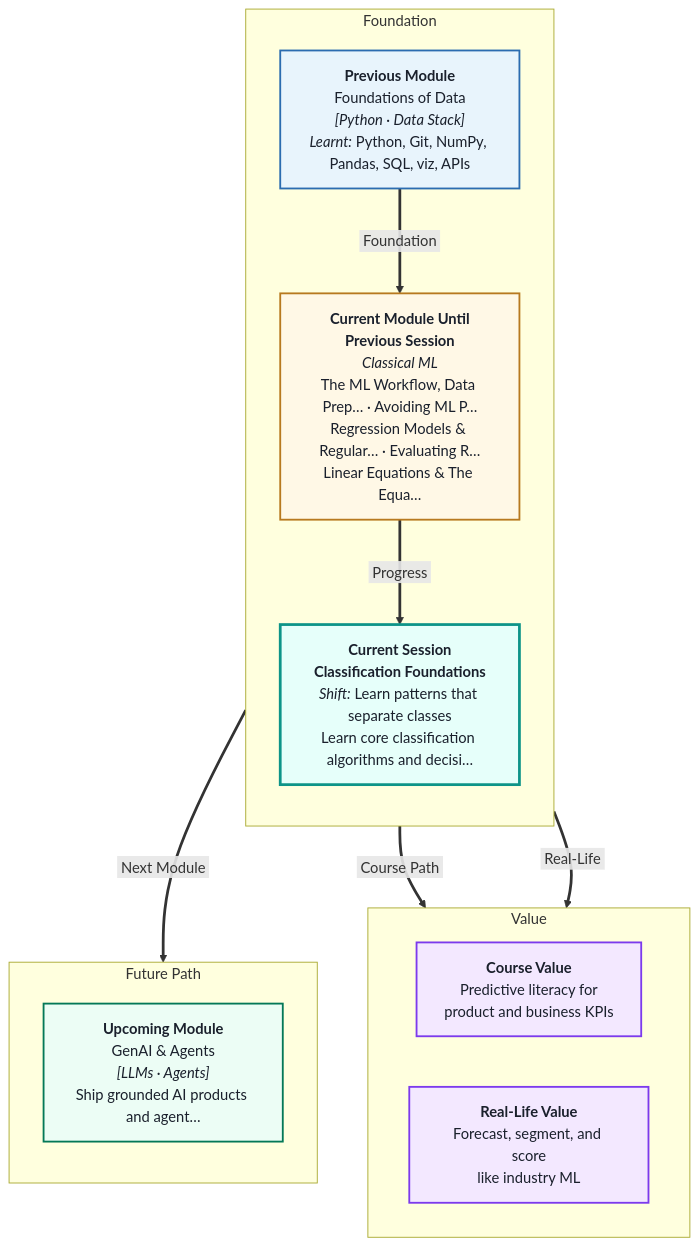
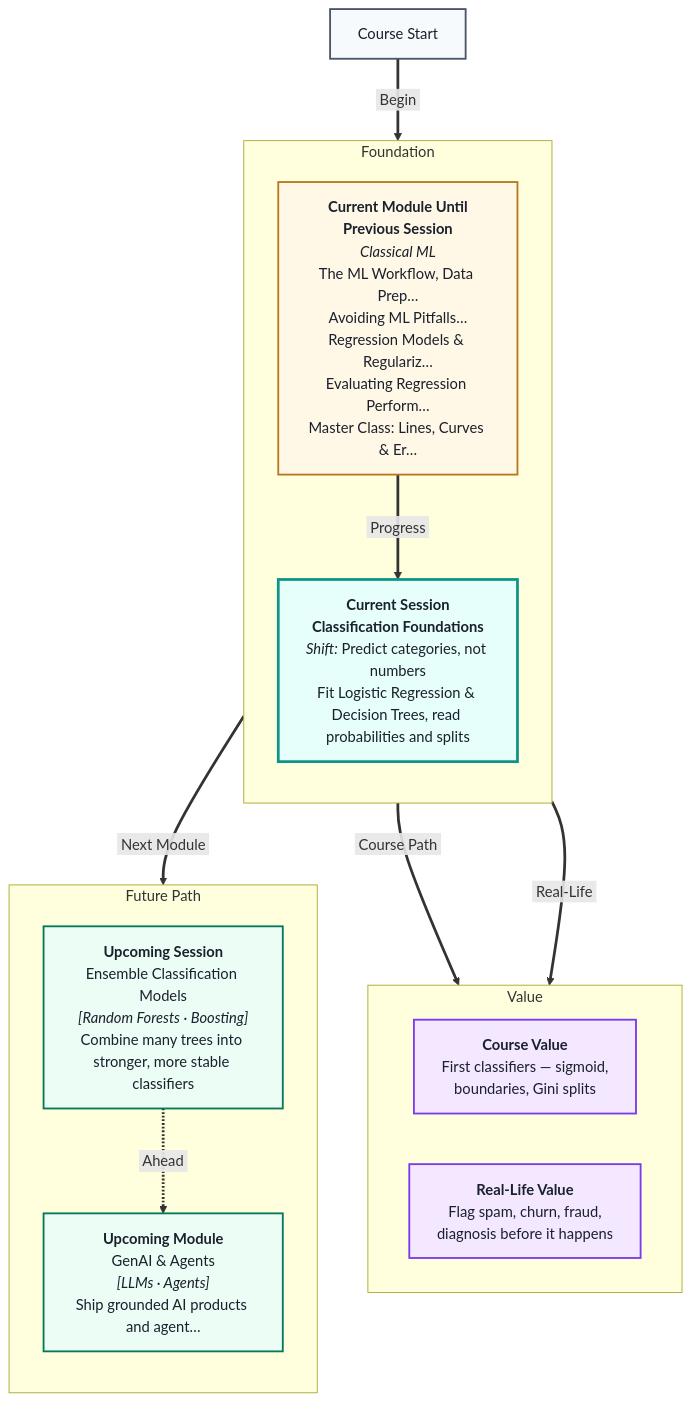
The diagram in IITP_AIML_Regional/IITP-AIMLTN-2605/Module 2- Classical ML/Session 6- Classification Foundations/mental Map: Classification Foundations.md (ritzrmx/Masai_Curriculum), drawn with Mermaid before and after one commit. The commit also changed 47 other files, not shown here.

First line of the commit message:
Regenerate Module 2 (Classical ML) lecture scripts, mental maps & coding problems

````diff
--- a/IITP_AIML_Regional/IITP-AIMLTN-2605/Module 2- Classical ML/Session 6- Classification Foundations/mental Map: Classification Foundations.md
+++ b/IITP_AIML_Regional/IITP-AIMLTN-2605/Module 2- Classical ML/Session 6- Classification Foundations/mental Map: Classification Foundations.md
@@ -1,41 +1,42 @@
 ```mermaid
 %%{init: {'flowchart': {'nodeSpacing': 55, 'rankSpacing': 65, 'diagramPadding': 24}}}%%
 flowchart TB
 linkStyle default stroke-width:3px
 
 subgraph foundation[" Foundation "]
 direction TB
-    P0["<b>Previous Module</b><br/>Foundations of Data<br/><i>[Python · Data Stack]</i><br/><i>Learnt:</i> Python, Git, NumPy, Pandas, SQL, viz, APIs"]
-    CURMOD["<b>Current Module Until<br/>Previous Session</b><br/><i>Classical ML</i><br/>The ML Workflow, Data Prep… · Avoiding ML P…<br/>Regression Models & Regular… · Evaluating R…<br/>Linear Equations & The Equa…"]
-    CURSES["<b>Current Session</b><br/><b>Classification Foundations</b><br/><i>Shift:</i> Learn patterns that separate classes<br/>Learn core classification algorithms and decisi…"]
+    CURMOD["<b>Current Module Until<br/>Previous Session</b><br/><i>Classical ML</i><br/>The ML Workflow, Data Prep…<br/>Avoiding ML Pitfalls…<br/>Regression Models & Regulariz…<br/>Evaluating Regression Perform…<br/>Master Class: Lines, Curves & Er…"]
+    CURSES["<b>Current Session</b><br/><b>Classification Foundations</b><br/><i>Shift:</i> Predict categories, not numbers<br/>Fit Logistic Regression & Decision Trees, read probabilities and splits"]
 end
 
 subgraph value[" Value "]
 direction LR
-    CVAL["<b>Course Value</b><br/>Predictive literacy for<br/>product and business KPIs"]
-    RVAL["<b>Real-Life Value</b><br/>Forecast, segment, and score<br/>like industry ML"]
+    CVAL["<b>Course Value</b><br/>First classifiers — sigmoid,<br/>boundaries, Gini splits"]
+    RVAL["<b>Real-Life Value</b><br/>Flag spam, churn, fraud,<br/>diagnosis before it happens"]
 end
 
 subgraph future[" Future Path "]
 direction TB
-    U0["<b>Upcoming Module</b><br/>GenAI & Agents<br/><i>[LLMs · Agents]</i><br/>Ship grounded AI products and agent…"]
+    U0["<b>Upcoming Session</b><br/>Ensemble Classification Models<br/><i>[Random Forests · Boosting]</i><br/>Combine many trees into stronger, more stable classifiers"]
+    U1["<b>Upcoming Module</b><br/>GenAI & Agents<br/><i>[LLMs · Agents]</i><br/>Ship grounded AI products and agent…"]
 end
 
-P0 ==>|&nbsp;Foundation&nbsp;| CURMOD
+START["Course Start"] ==>|&nbsp;Begin&nbsp;| CURMOD
 CURMOD ==>|&nbsp;Progress&nbsp;| CURSES
 CURSES ==>|&nbsp;Course Path&nbsp;| CVAL
 CURSES ==>|&nbsp;Real-Life&nbsp;| RVAL
 CURSES ==>|&nbsp;Next Module&nbsp;| U0
+U0 -.->|&nbsp;Ahead&nbsp;| U1
 
 classDef prevBox fill:#E8F4FC,stroke:#2B6CB0,stroke-width:2px,color:#1A202C
 classDef curModBox fill:#FFF8E6,stroke:#B7791F,stroke-width:2px,color:#1A202C
 classDef curSessBox fill:#E6FFFA,stroke:#0D9488,stroke-width:3px,color:#1A202C
 classDef valueBox fill:#F3E8FF,stroke:#7C3AED,stroke-width:2px,color:#1A202C
 classDef futureBox fill:#ECFDF5,stroke:#047857,stroke-width:2px,color:#1A202C
 classDef startBox fill:#F7FAFC,stroke:#4A5568,stroke-width:2px,color:#1A202C
-class P0 prevBox
+class START startBox
 class CURMOD curModBox
 class CURSES curSessBox
 class CVAL,RVAL valueBox
-class U0 futureBox
+class U0,U1 futureBox
 ```
````
